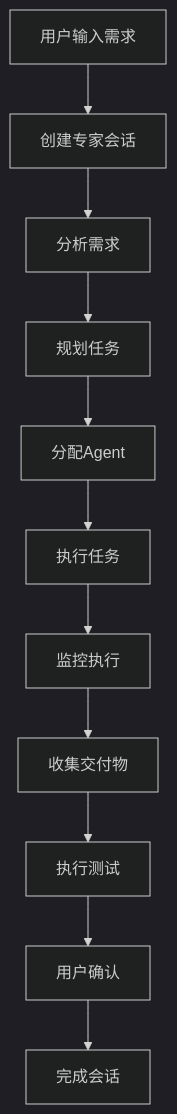
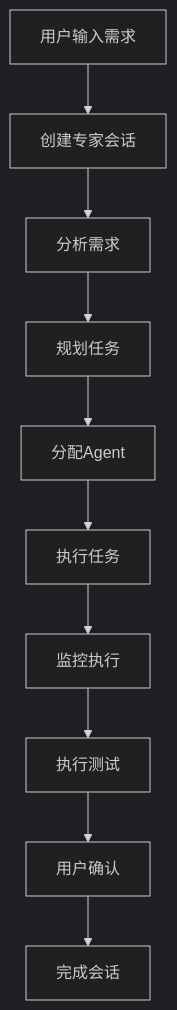
One commit to coconilu/RepoHelm changed diagram 18 of 23 in .qoder/repowiki/zh/content/Web 前端应用/Web 前端应用.md. Above: the diagram before and after it, drawn with Mermaid (dark theme). The commit also changed other lines of this file and 7 other files, not shown here.

````diff
--- a/.qoder/repowiki/zh/content/Web 前端应用/Web 前端应用.md
+++ b/.qoder/repowiki/zh/content/Web 前端应用/Web 前端应用.md
@@ -1190,13 +1234,12 @@
 ```mermaid
 flowchart TD
 UserInput["用户输入需求"] --> CreateSession["创建专家会话"]
 CreateSession --> Analyze["分析需求"]
 Analyze --> PlanTasks["规划任务"]
 PlanTasks --> AssignAgents["分配Agent"]
 AssignAgents --> Execute["执行任务"]
 Execute --> Monitor["监控执行"]
-Monitor --> CollectArtifacts["收集交付物"]
-CollectArtifacts --> RunTests["执行测试"]
+Monitor --> RunTests["执行测试"]
 RunTests --> Confirm["用户确认"]
 Confirm --> Complete["完成会话"]
 ```
````
